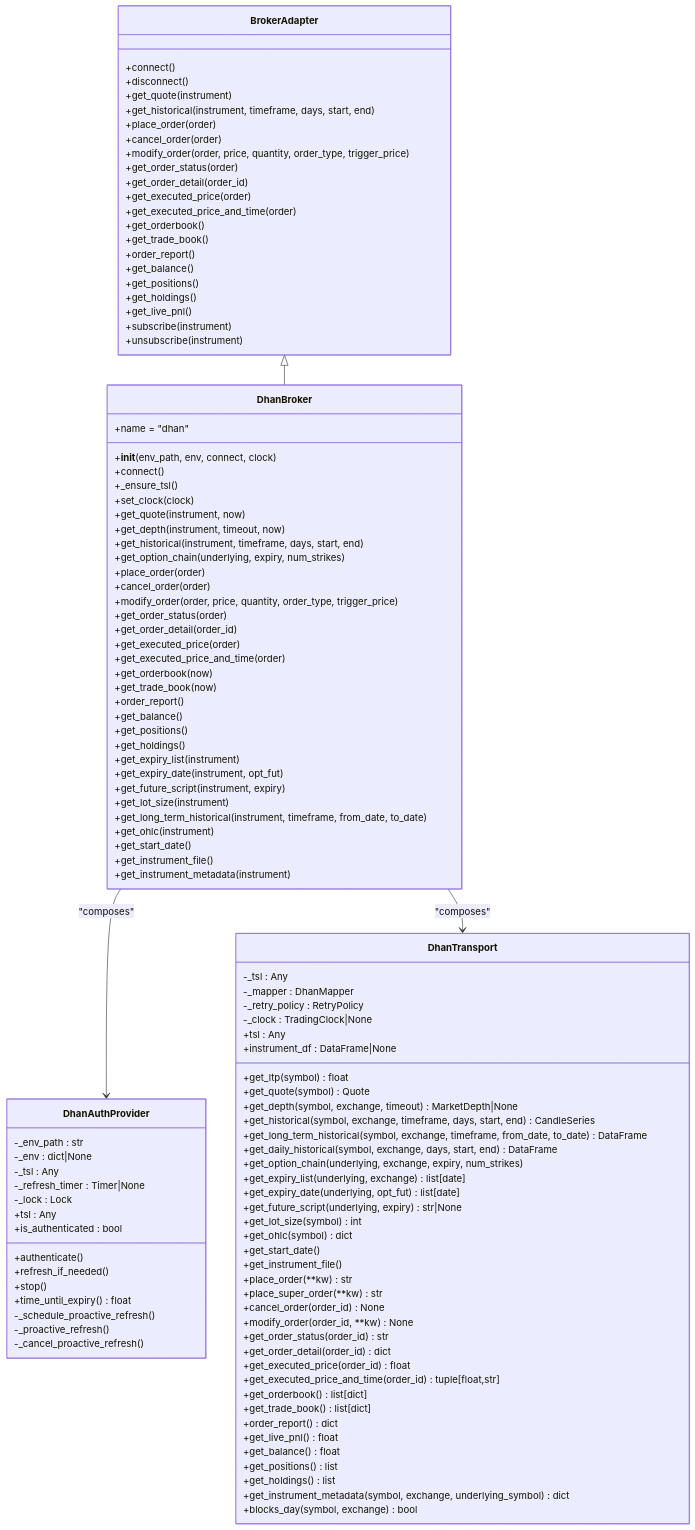
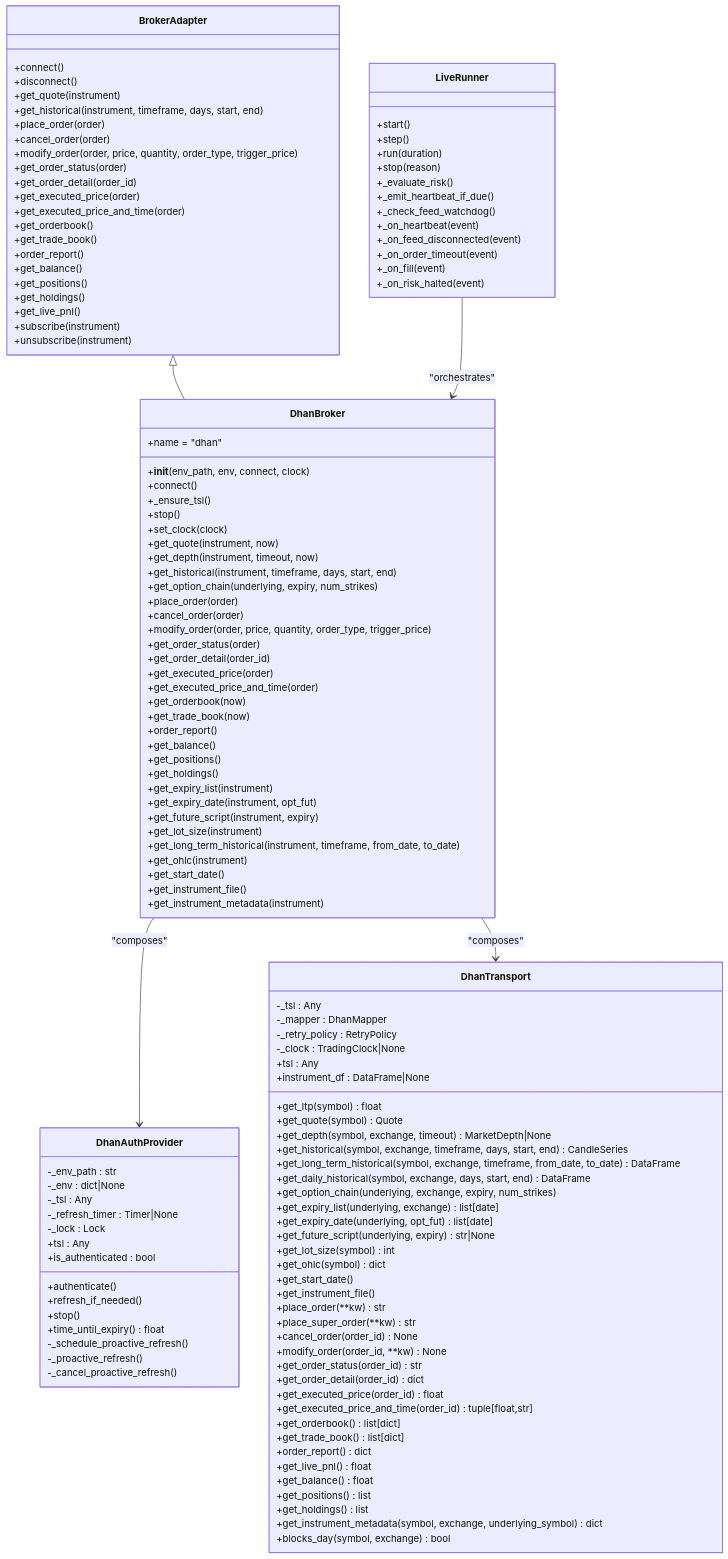
The second of 9 diagrams in .qoder/repowiki/en/content/Broker Integration/Authentication & Security.md (Ganesh-Kusundal/nTrade), drawn with Mermaid before and after one commit. The commit also changed other lines of this file and 331 other files, not shown here.

````diff
--- a/.qoder/repowiki/en/content/Broker Integration/Authentication & Security.md
+++ b/.qoder/repowiki/en/content/Broker Integration/Authentication & Security.md
@@ -134,6 +156,7 @@
 +__init__(env_path, env, connect, clock)
 +connect()
 +_ensure_tsl()
++stop()
 +set_clock(clock)
 +get_quote(instrument, now)
 +get_depth(instrument, timeout, now)
@@ -217,7 +240,22 @@
 +get_instrument_metadata(symbol, exchange, underlying_symbol) dict
 +blocks_day(symbol, exchange) bool
 }
+class LiveRunner {
++start()
++step()
++run(duration)
++stop(reason)
++_evaluate_risk()
++_emit_heartbeat_if_due()
++_check_feed_watchdog()
++_on_heartbeat(event)
++_on_feed_disconnected(event)
++_on_order_timeout(event)
++_on_fill(event)
++_on_risk_halted(event)
+}
 BrokerAdapter <|-- DhanBroker
 DhanBroker --> DhanAuthProvider : "composes"
 DhanBroker --> DhanTransport : "composes"
+LiveRunner --> DhanBroker : "orchestrates"
 ```
````
